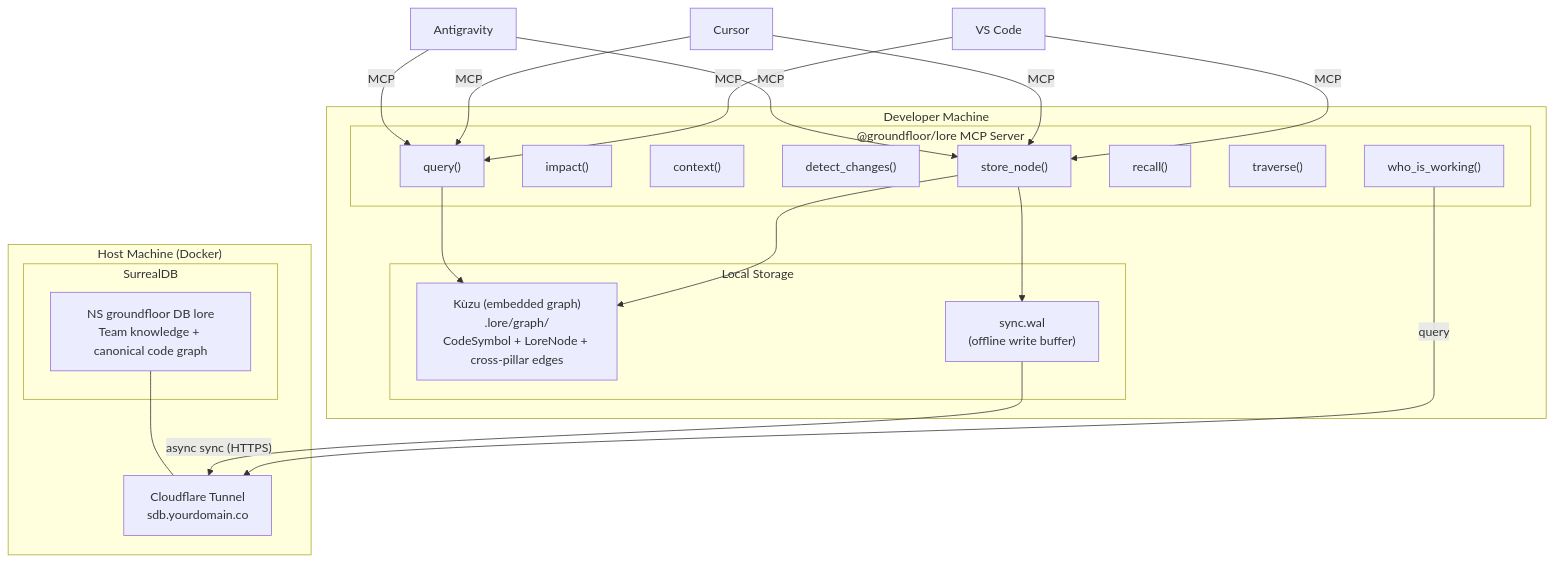
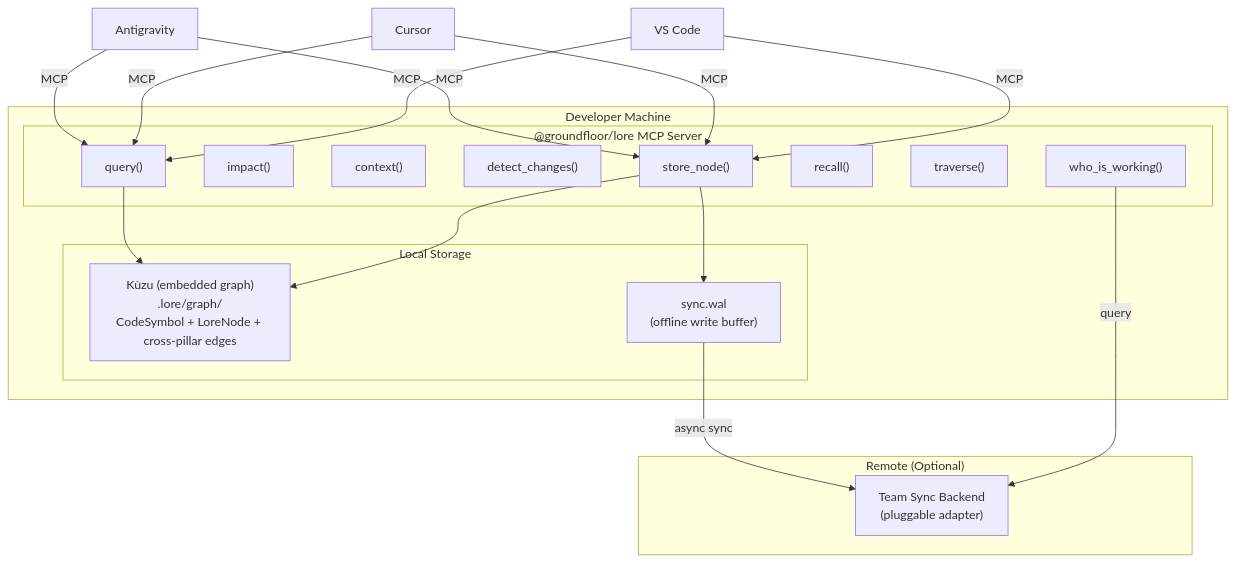
The diagram in docs/architecture.md (rafidowla/groundfloor-lore), drawn with Mermaid before and after one commit. The commit also changed other lines of this file and 6 other files, not shown here.

````diff
--- a/docs/architecture.md
+++ b/docs/architecture.md
@@ -32,40 +32,36 @@
 ```mermaid
 graph TB
     subgraph "Developer Machine"
         subgraph "@groundfloor/lore MCP Server"
             QR["query()"]
             IM["impact()"]
             CT["context()"]
             DC["detect_changes()"]
             SN["store_node()"]
             RC["recall()"]
             TR["traverse()"]
             WW["who_is_working()"]
         end
         subgraph "Local Storage"
             KZ["Kùzu (embedded graph)<br/>.lore/graph/<br/>CodeSymbol + LoreNode + cross-pillar edges"]
             WAL["sync.wal<br/>(offline write buffer)"]
         end
         QR --> KZ
         SN --> KZ
         SN --> WAL
     end
 
-    subgraph "Host Machine (Docker)"
-        subgraph "SurrealDB"
-            SDB["NS groundfloor DB lore<br/>Team knowledge + canonical code graph"]
-        end
-        CF["Cloudflare Tunnel<br/>sdb.yourdomain.co"]
-        SDB --- CF
+    subgraph "Remote (Optional)"
+        SDB["Team Sync Backend<br/>(pluggable adapter)"]
     end
 
-    WAL -->|"async sync (HTTPS)"| CF
-    WW -->|"query"| CF
+    WAL -->|"async sync"| SDB
+    WW -->|"query"| SDB
 
     AG["Antigravity"] -->|MCP| QR
     AG -->|MCP| SN
     CU["Cursor"] -->|MCP| QR
     CU -->|MCP| SN
     VS["VS Code"] -->|MCP| QR
     VS -->|MCP| SN
 ```
````
